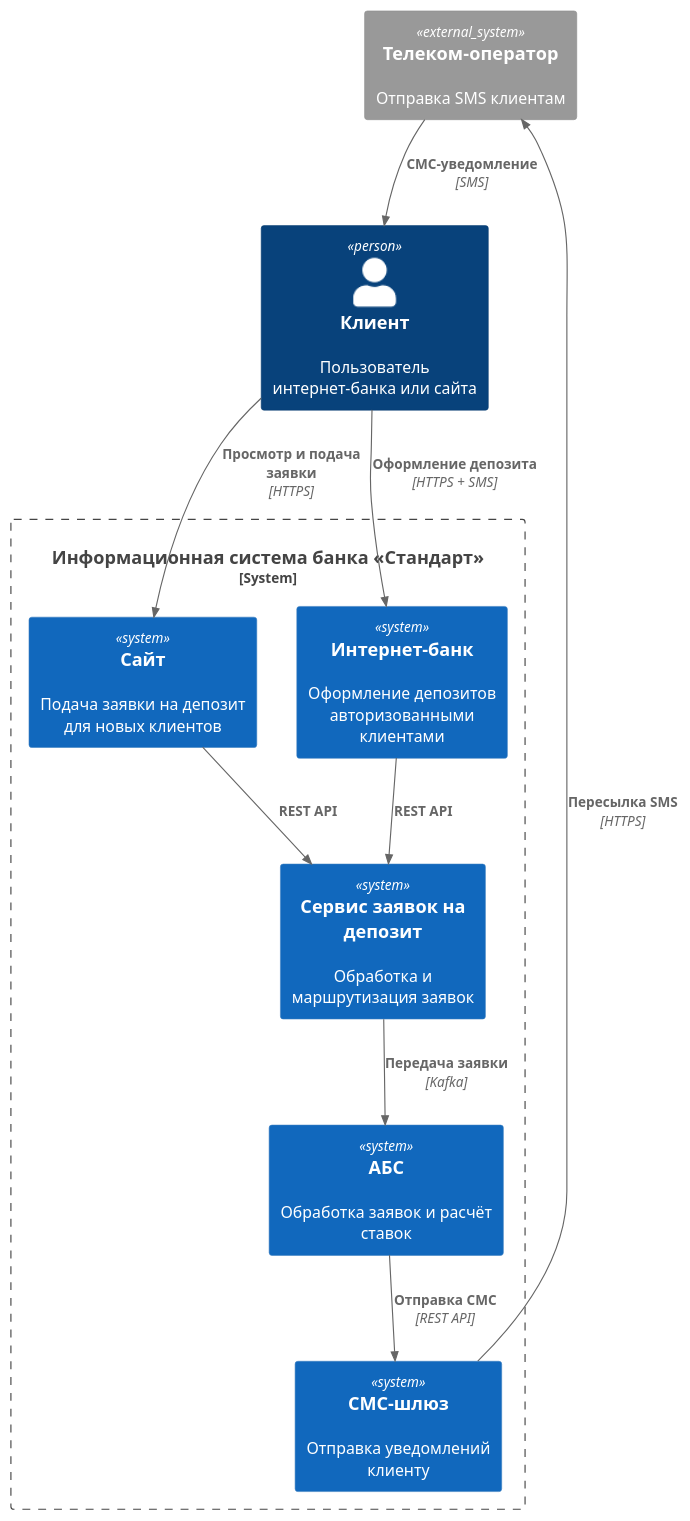
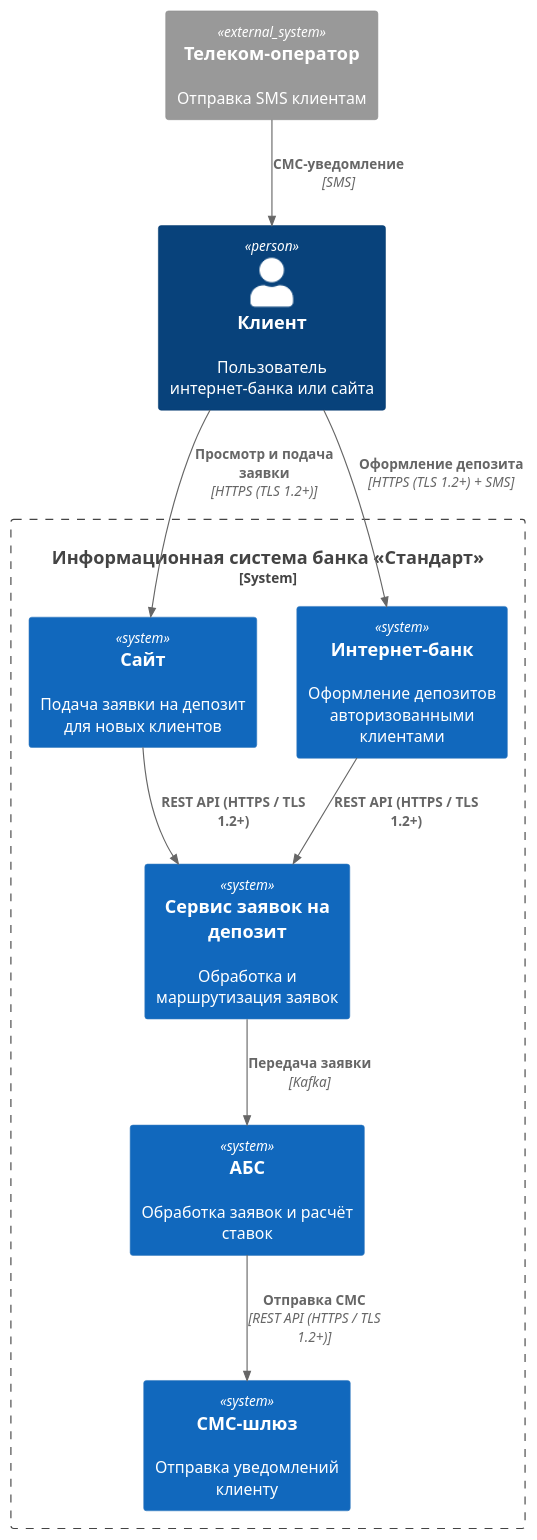
Before and after one commit to theart84/architecture-standart: the diagram in task3/context.puml, drawn with PlantUML. The commit also changed other lines of this file and 5 other files, not shown here.

```diff
--- a/task3/context.puml
+++ b/task3/context.puml
@@ -1,26 +1,25 @@
 @startuml
 !include <C4/C4_Context>
 
 Person(customer, "Клиент", "Пользователь интернет-банка или сайта")
 
 System_Boundary(standardBank, "Информационная система банка «Стандарт»") {
     System(website, "Сайт", "Подача заявки на депозит для новых клиентов")
     System(internetBank, "Интернет-банк", "Оформление депозитов авторизованными клиентами")
     System(depositService, "Сервис заявок на депозит", "Обработка и маршрутизация заявок")
     System(abs, "АБС", "Обработка заявок и расчёт ставок")
     System(smsGateway, "СМС-шлюз", "Отправка уведомлений клиенту")
 }
 
 System_Ext(telecomProvider, "Телеком-оператор", "Отправка SMS клиентам")
 
-Rel(customer, website, "Просмотр и подача заявки", "HTTPS")
-Rel(customer, internetBank, "Оформление депозита", "HTTPS + SMS")
 
-Rel(website, depositService, "REST API")
-Rel(internetBank, depositService, "REST API")
+Rel(website, depositService, "REST API (HTTPS / TLS 1.2+)")
+Rel(internetBank, depositService, "REST API (HTTPS / TLS 1.2+)")
 
 Rel(depositService, abs, "Передача заявки", "Kafka")
-Rel(abs, smsGateway, "Отправка СМС", "REST API")
-Rel(smsGateway, telecomProvider, "Пересылка SMS", "HTTPS")
+Rel(abs, smsGateway, "Отправка СМС", "REST API (HTTPS / TLS 1.2+)")
+Rel(customer, website, "Просмотр и подача заявки", "HTTPS (TLS 1.2+)")
+Rel(customer, internetBank, "Оформление депозита", "HTTPS (TLS 1.2+) + SMS")
 Rel(telecomProvider, customer, "СМС-уведомление", "SMS")
 @enduml
```
